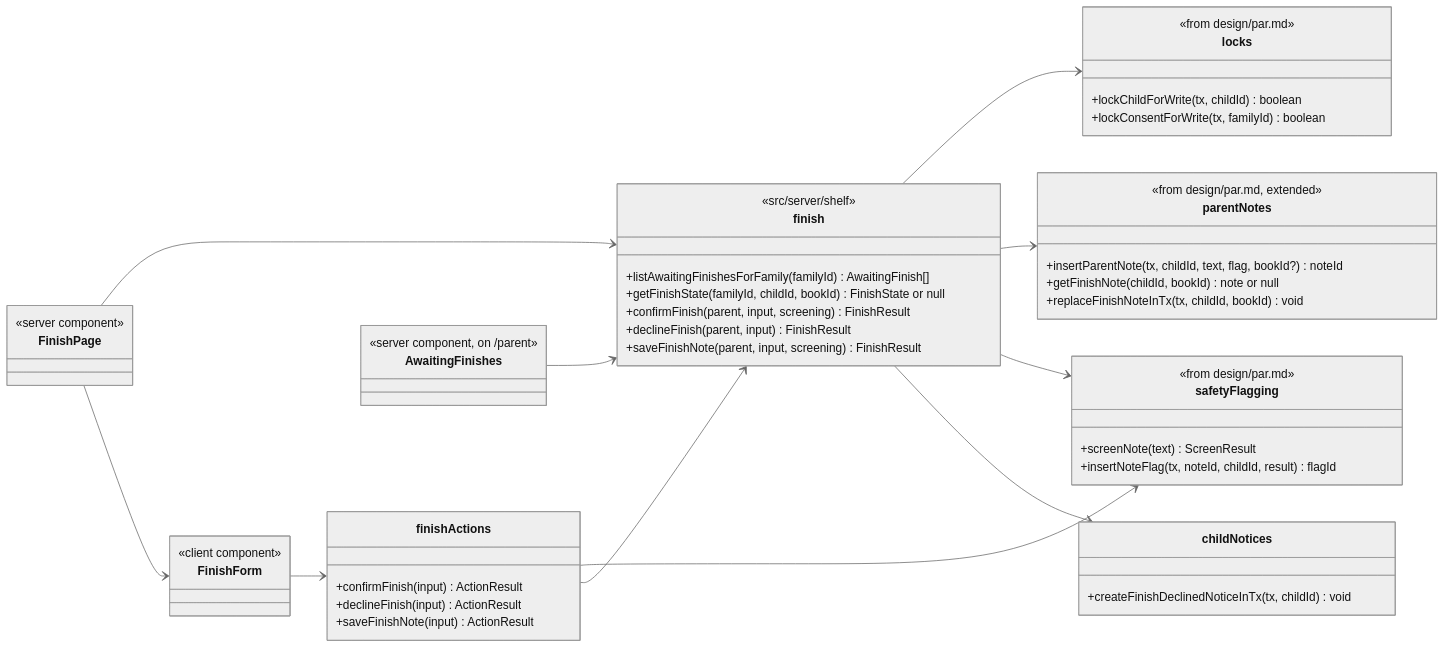
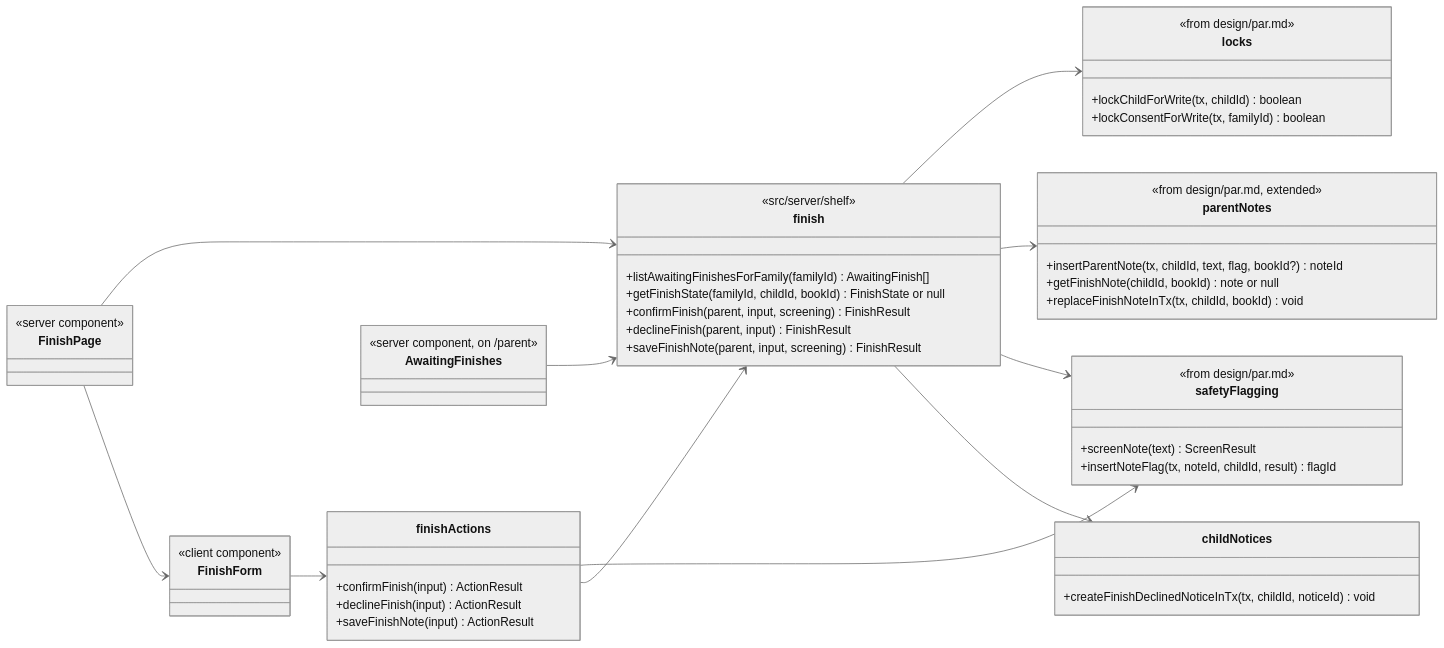
One commit to videogames21/book_buddies changed the fifth of 15 diagrams in design/shlf.md. Above: the diagram before and after it, drawn with Mermaid (neutral theme). The commit also changed other lines of this file, not shown here.

````diff
--- a/design/shlf.md
+++ b/design/shlf.md
@@ -346,55 +346,55 @@
 ```mermaid
 classDiagram
     direction LR
     class FinishPage {
         <<server component>>
     }
     class FinishForm {
         <<client component>>
     }
     class finishActions {
         +confirmFinish(input) ActionResult
         +declineFinish(input) ActionResult
         +saveFinishNote(input) ActionResult
     }
     class AwaitingFinishes {
         <<server component, on /parent>>
     }
     class finish {
         <<src/server/shelf>>
         +listAwaitingFinishesForFamily(familyId) AwaitingFinish[]
         +getFinishState(familyId, childId, bookId) FinishState or null
         +confirmFinish(parent, input, screening) FinishResult
         +declineFinish(parent, input) FinishResult
         +saveFinishNote(parent, input, screening) FinishResult
     }
     class parentNotes {
         <<from design/par.md, extended>>
         +insertParentNote(tx, childId, text, flag, bookId?) noteId
         +getFinishNote(childId, bookId) note or null
         +replaceFinishNoteInTx(tx, childId, bookId) void
     }
     class safetyFlagging {
         <<from design/par.md>>
         +screenNote(text) ScreenResult
         +insertNoteFlag(tx, noteId, childId, result) flagId
     }
     class childNotices {
-        +createFinishDeclinedNoticeInTx(tx, childId) void
+        +createFinishDeclinedNoticeInTx(tx, childId, noticeId) void
     }
     class locks {
         <<from design/par.md>>
         +lockChildForWrite(tx, childId) boolean
         +lockConsentForWrite(tx, familyId) boolean
     }
     FinishPage --> finish
     FinishPage --> FinishForm
     FinishForm --> finishActions
     finishActions --> safetyFlagging
     finishActions --> finish
     AwaitingFinishes --> finish
     finish --> locks
     finish --> parentNotes
     finish --> safetyFlagging
     finish --> childNotices
 ```
````
